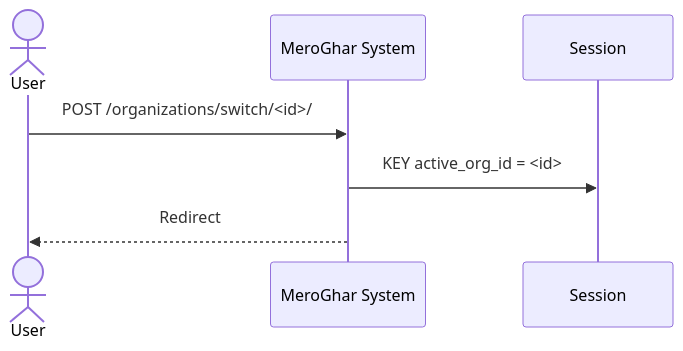
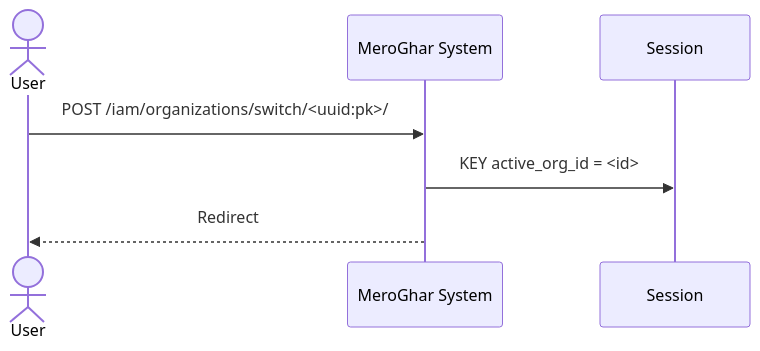
Before and after one commit to 0Ankit0/meroghar: the second of 4 diagrams in docs/workflows/organization.md, drawn with Mermaid. The commit also changed other lines of this file and 12 other files, not shown here.

````diff
--- a/docs/workflows/organization.md
+++ b/docs/workflows/organization.md
@@ -35,10 +35,10 @@
 ```mermaid
 sequenceDiagram
     actor User as User
     participant System as MeroGhar System
     participant Session as Session
 
-    User->>System: POST /organizations/switch/<id>/
+    User->>System: POST /iam/organizations/switch/<uuid:pk>/
     System->>Session: KEY active_org_id = <id>
     System-->>User: Redirect
 ```
````
